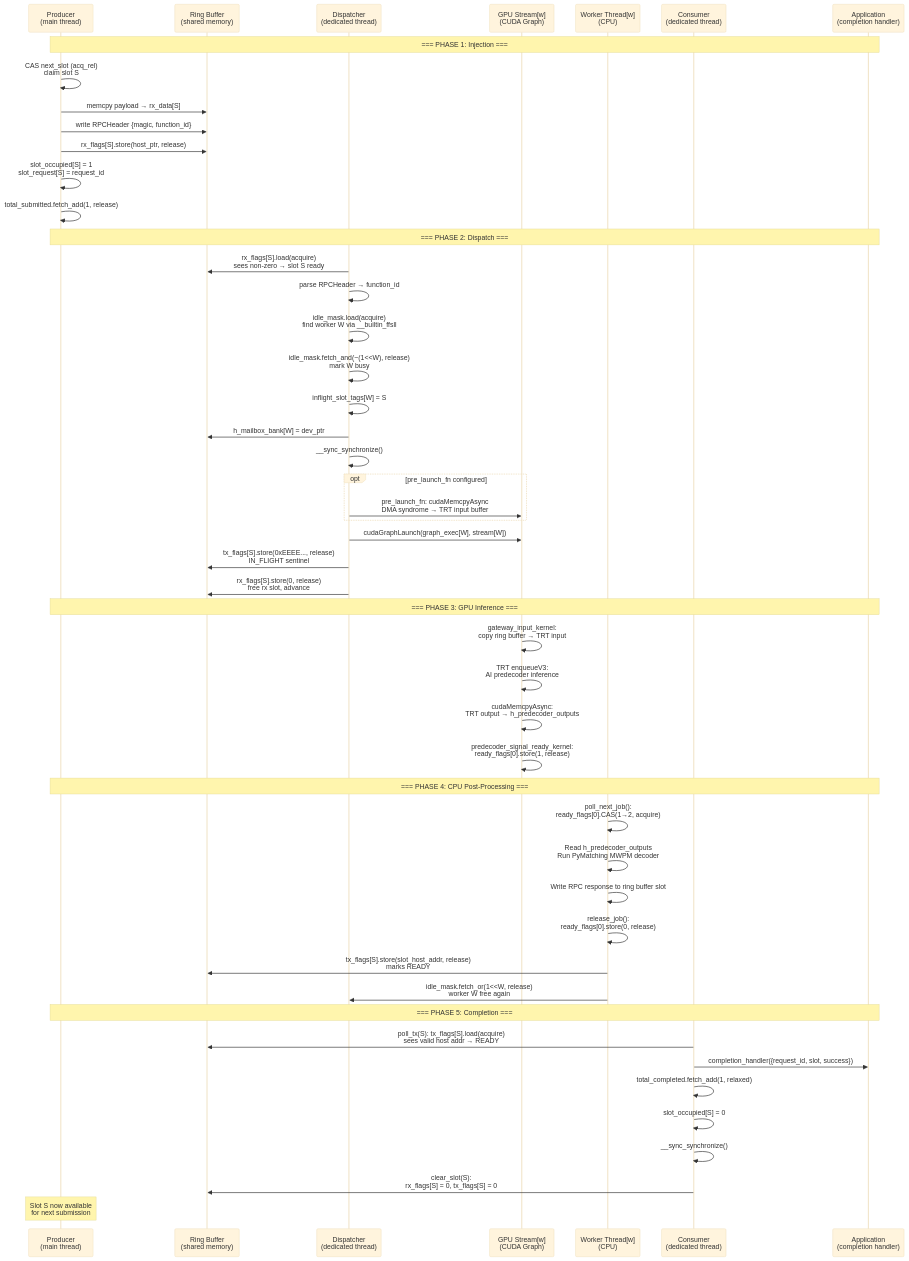
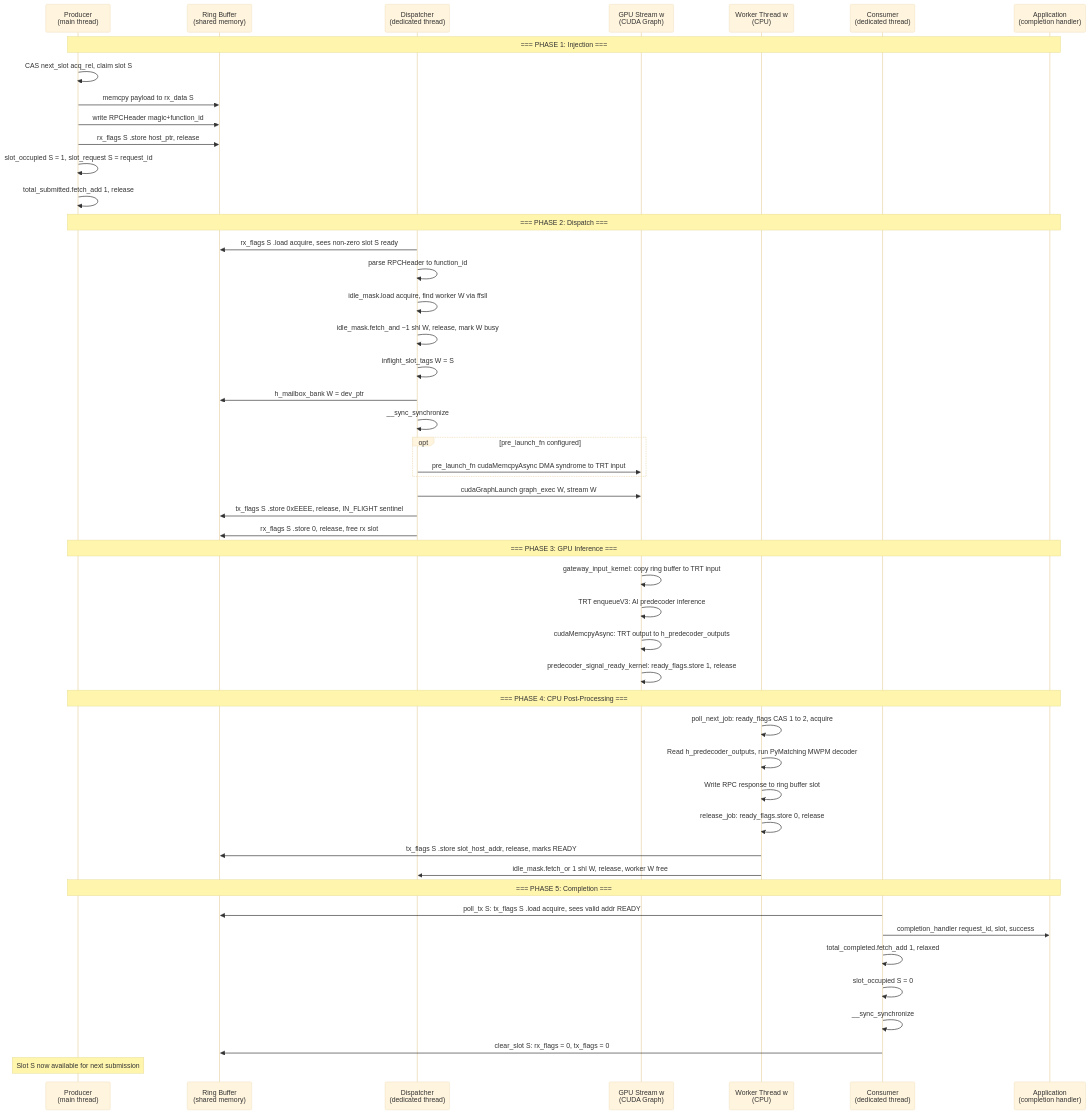
The third of 7 diagrams in docs/realtime_pipeline_architecture.md (wsttiger/cudaqx), drawn with Mermaid (base theme) before and after one commit. The commit also changed other lines of this file, not shown here.

Commit message:
Fixed errors in mermaid diagram

````diff
--- a/docs/realtime_pipeline_architecture.md
+++ b/docs/realtime_pipeline_architecture.md
@@ -110,63 +110,63 @@
 ```mermaid
 sequenceDiagram
-    participant Prod as Producer<br/>(main thread)
-    participant RB as Ring Buffer<br/>(shared memory)
-    participant Disp as Dispatcher<br/>(dedicated thread)
-    participant GPU as GPU Stream[w]<br/>(CUDA Graph)
-    participant Work as Worker Thread[w]<br/>(CPU)
-    participant Cons as Consumer<br/>(dedicated thread)
-    participant App as Application<br/>(completion handler)
+    participant Prod as Producer<br>(main thread)
+    participant RB as Ring Buffer<br>(shared memory)
+    participant Disp as Dispatcher<br>(dedicated thread)
+    participant GPU as GPU Stream w<br>(CUDA Graph)
+    participant Work as Worker Thread w<br>(CPU)
+    participant Cons as Consumer<br>(dedicated thread)
+    participant App as Application<br>(completion handler)
 
     Note over Prod,App: === PHASE 1: Injection ===
 
-    Prod->>Prod: CAS next_slot (acq_rel)<br/>claim slot S
-    Prod->>RB: memcpy payload → rx_data[S]
-    Prod->>RB: write RPCHeader {magic, function_id}
-    Prod->>RB: rx_flags[S].store(host_ptr, release)
-    Prod->>Prod: slot_occupied[S] = 1<br/>slot_request[S] = request_id
-    Prod->>Prod: total_submitted.fetch_add(1, release)
+    Prod->>Prod: CAS next_slot acq_rel, claim slot S
+    Prod->>RB: memcpy payload to rx_data S
+    Prod->>RB: write RPCHeader magic+function_id
+    Prod->>RB: rx_flags S .store host_ptr, release
+    Prod->>Prod: slot_occupied S = 1, slot_request S = request_id
+    Prod->>Prod: total_submitted.fetch_add 1, release
 
     Note over Prod,App: === PHASE 2: Dispatch ===
 
-    Disp->>RB: rx_flags[S].load(acquire)<br/>sees non-zero → slot S ready
-    Disp->>Disp: parse RPCHeader → function_id
-    Disp->>Disp: idle_mask.load(acquire)<br/>find worker W via __builtin_ffsll
-    Disp->>Disp: idle_mask.fetch_and(~(1<<W), release)<br/>mark W busy
-    Disp->>Disp: inflight_slot_tags[W] = S
-    Disp->>RB: h_mailbox_bank[W] = dev_ptr
-    Disp->>Disp: __sync_synchronize()
+    Disp->>RB: rx_flags S .load acquire, sees non-zero slot S ready
+    Disp->>Disp: parse RPCHeader to function_id
+    Disp->>Disp: idle_mask.load acquire, find worker W via ffsll
+    Disp->>Disp: idle_mask.fetch_and ~1 shl W, release, mark W busy
+    Disp->>Disp: inflight_slot_tags W = S
+    Disp->>RB: h_mailbox_bank W = dev_ptr
+    Disp->>Disp: __sync_synchronize
 
     opt pre_launch_fn configured
-        Disp->>GPU: pre_launch_fn: cudaMemcpyAsync<br/>DMA syndrome → TRT input buffer
+        Disp->>GPU: pre_launch_fn cudaMemcpyAsync DMA syndrome to TRT input
     end
 
-    Disp->>GPU: cudaGraphLaunch(graph_exec[W], stream[W])
-    Disp->>RB: tx_flags[S].store(0xEEEE..., release)<br/>IN_FLIGHT sentinel
-    Disp->>RB: rx_flags[S].store(0, release)<br/>free rx slot, advance
+    Disp->>GPU: cudaGraphLaunch graph_exec W, stream W
+    Disp->>RB: tx_flags S .store 0xEEEE, release, IN_FLIGHT sentinel
+    Disp->>RB: rx_flags S .store 0, release, free rx slot
 
     Note over Prod,App: === PHASE 3: GPU Inference ===
 
-    GPU->>GPU: gateway_input_kernel:<br/>copy ring buffer → TRT input
-    GPU->>GPU: TRT enqueueV3:<br/>AI predecoder inference
-    GPU->>GPU: cudaMemcpyAsync:<br/>TRT output → h_predecoder_outputs
-    GPU->>GPU: predecoder_signal_ready_kernel:<br/>ready_flags[0].store(1, release)
+    GPU->>GPU: gateway_input_kernel: copy ring buffer to TRT input
+    GPU->>GPU: TRT enqueueV3: AI predecoder inference
+    GPU->>GPU: cudaMemcpyAsync: TRT output to h_predecoder_outputs
+    GPU->>GPU: predecoder_signal_ready_kernel: ready_flags.store 1, release
 
     Note over Prod,App: === PHASE 4: CPU Post-Processing ===
 
-    Work->>Work: poll_next_job():<br/>ready_flags[0].CAS(1→2, acquire)
-    Work->>Work: Read h_predecoder_outputs<br/>Run PyMatching MWPM decoder
+    Work->>Work: poll_next_job: ready_flags CAS 1 to 2, acquire
+    Work->>Work: Read h_predecoder_outputs, run PyMatching MWPM decoder
     Work->>Work: Write RPC response to ring buffer slot
-    Work->>Work: release_job():<br/>ready_flags[0].store(0, release)
-    Work->>RB: tx_flags[S].store(slot_host_addr, release)<br/>marks READY
-    Work->>Disp: idle_mask.fetch_or(1<<W, release)<br/>worker W free again
+    Work->>Work: release_job: ready_flags.store 0, release
+    Work->>RB: tx_flags S .store slot_host_addr, release, marks READY
+    Work->>Disp: idle_mask.fetch_or 1 shl W, release, worker W free
 
     Note over Prod,App: === PHASE 5: Completion ===
 
-    Cons->>RB: poll_tx(S): tx_flags[S].load(acquire)<br/>sees valid host addr → READY
-    Cons->>App: completion_handler({request_id, slot, success})
-    Cons->>Cons: total_completed.fetch_add(1, relaxed)
-    Cons->>Cons: slot_occupied[S] = 0
-    Cons->>Cons: __sync_synchronize()
-    Cons->>RB: clear_slot(S):<br/>rx_flags[S] = 0, tx_flags[S] = 0
-    Note over Prod: Slot S now available<br/>for next submission
+    Cons->>RB: poll_tx S: tx_flags S .load acquire, sees valid addr READY
+    Cons->>App: completion_handler request_id, slot, success
+    Cons->>Cons: total_completed.fetch_add 1, relaxed
+    Cons->>Cons: slot_occupied S = 0
+    Cons->>Cons: __sync_synchronize
+    Cons->>RB: clear_slot S: rx_flags = 0, tx_flags = 0
+    Note over Prod: Slot S now available for next submission
 ```
````
